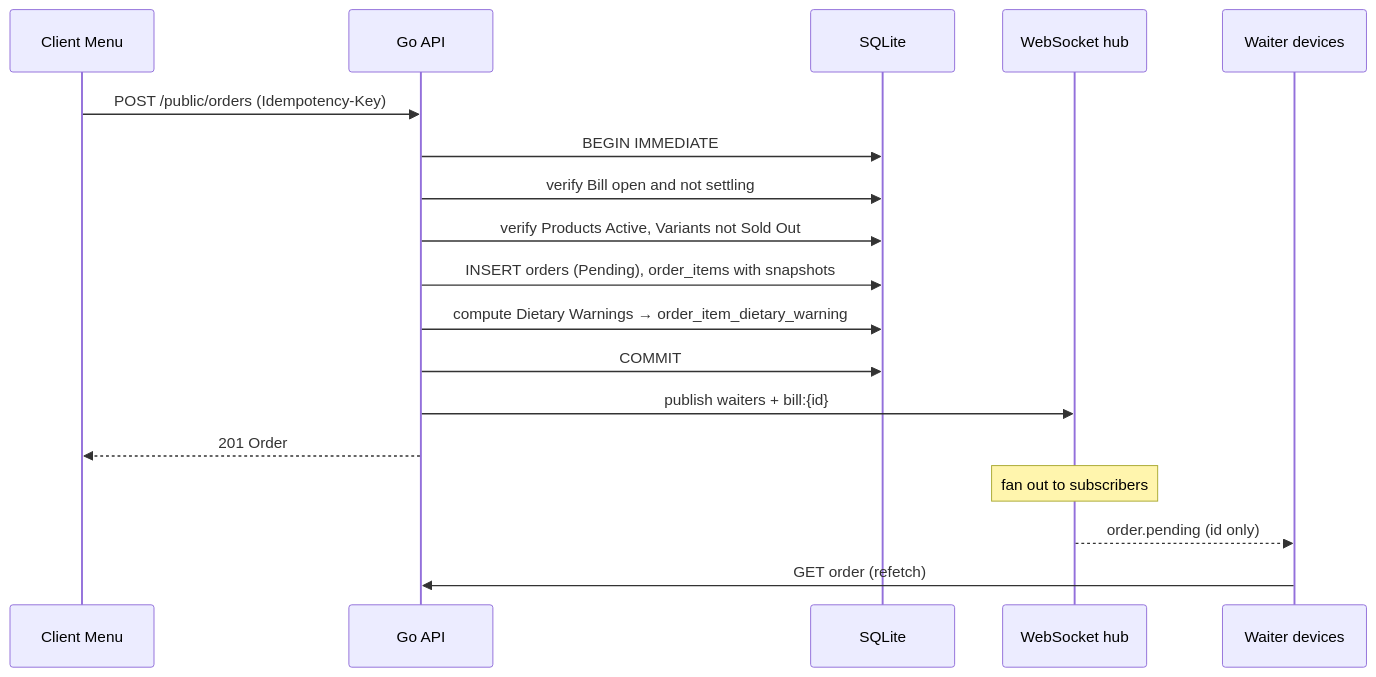
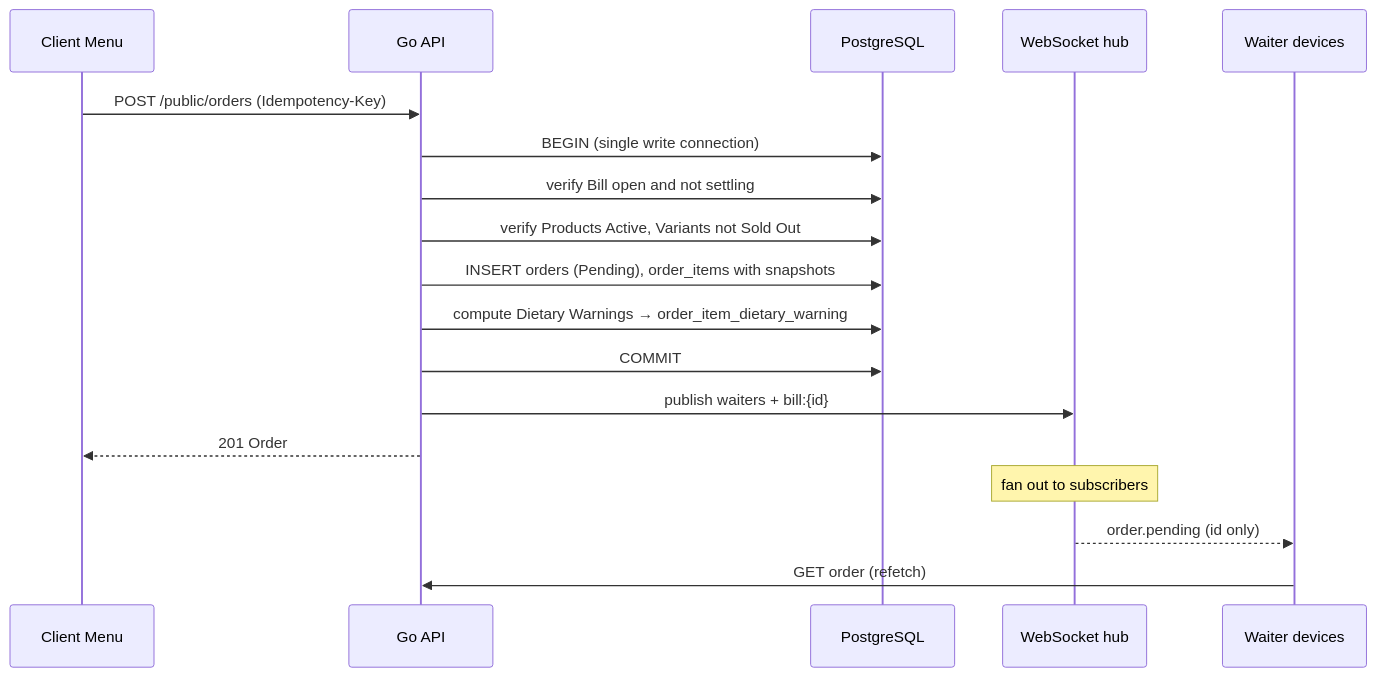
Before and after one commit to morpikssolutionsDev/Shusi_latte: diagram 27 of 35 in docs/OVERVIEW-AND-FLOWS.md, drawn with Mermaid. The commit also changed other lines of this file and 107 other files, not shown here.

````diff
--- a/docs/OVERVIEW-AND-FLOWS.md
+++ b/docs/OVERVIEW-AND-FLOWS.md
@@ -705,20 +705,20 @@
 ```mermaid
 sequenceDiagram
   participant C as Client Menu
   participant API as Go API
-  participant DB as SQLite
+  participant DB as PostgreSQL
   participant HUB as WebSocket hub
   participant W as Waiter devices
   C->>API: POST /public/orders (Idempotency-Key)
-  API->>DB: BEGIN IMMEDIATE
+  API->>DB: BEGIN (single write connection)
   API->>DB: verify Bill open and not settling
   API->>DB: verify Products Active, Variants not Sold Out
   API->>DB: INSERT orders (Pending), order_items with snapshots
   API->>DB: compute Dietary Warnings → order_item_dietary_warning
   API->>DB: COMMIT
   API->>HUB: publish waiters + bill:{id}
   API-->>C: 201 Order
   Note over HUB: fan out to subscribers
   HUB-->>W: order.pending (id only)
   W->>API: GET order (refetch)
 ```
````
